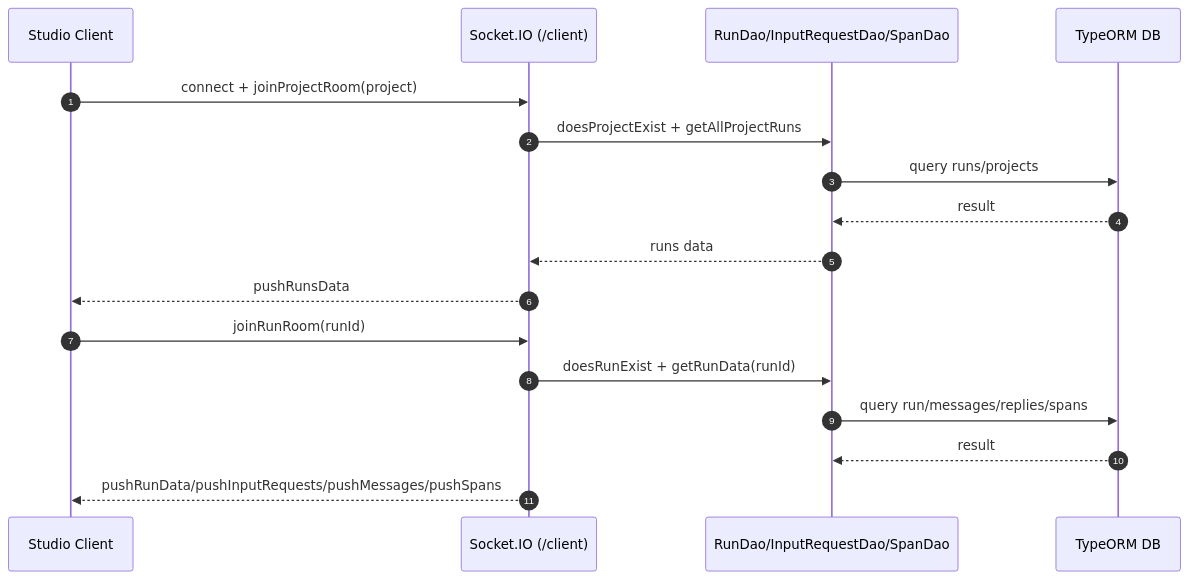
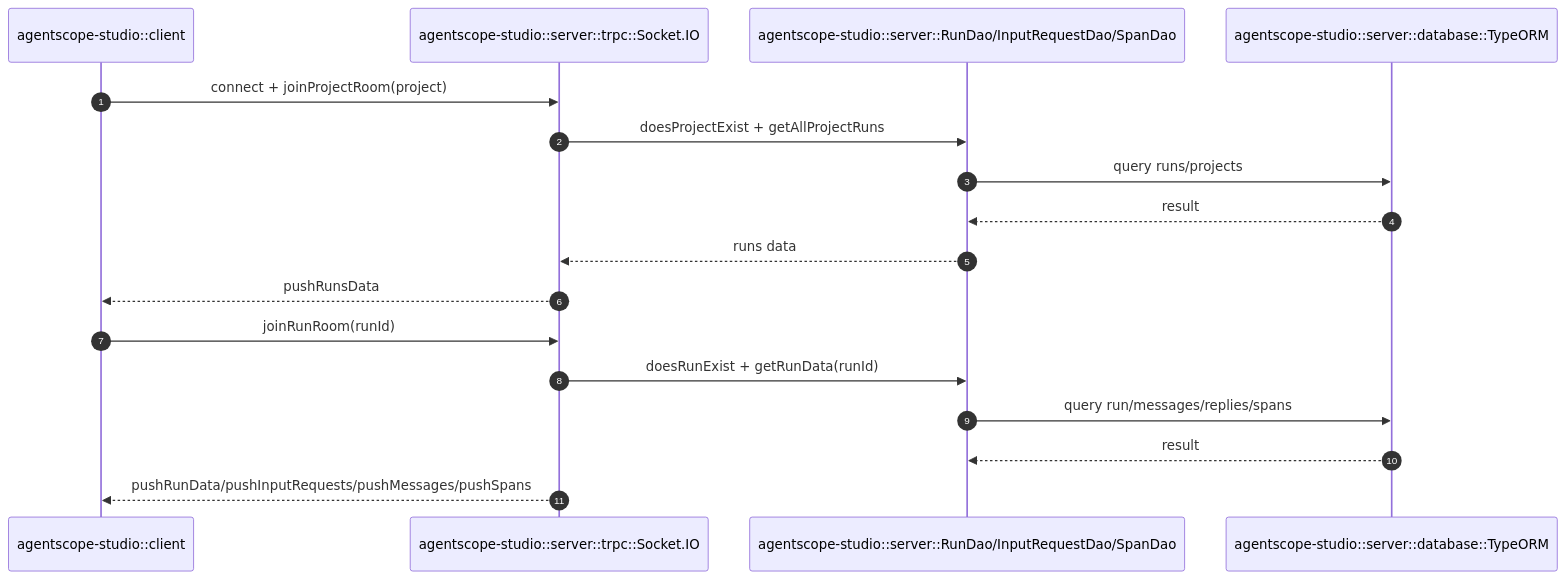
One commit to a2903214/agentscope-learning changed the third of 3 diagrams in docs/agentscope-codebase/30-agentscope-studio/overall_design.zh-CN.md. Above: the diagram before and after it, drawn with Mermaid. The commit also changed other lines of this file and 8 other files, not shown here.

Commit message:
更新文档：完善整体设计与模块结构分析，增加时序图与模块调用关系图，采用模块::参与者形式标注参与者来源。涉及内容包括 agentscope、agentscope-runtime、agentscope-studio、agentscope-spark-design 和 agentscope-samples 的代码结构与功能描述。

````diff
--- a/docs/agentscope-codebase/30-agentscope-studio/overall_design.zh-CN.md
+++ b/docs/agentscope-codebase/30-agentscope-studio/overall_design.zh-CN.md
@@ -67,21 +135,21 @@
 ```mermaid
 sequenceDiagram
   autonumber
-  participant UI as Studio Client
-  participant IO as Socket.IO (/client)
-  participant DAO as RunDao/InputRequestDao/SpanDao
-  participant DB as TypeORM DB
+  participant UI as agentscope-studio::client
+  participant IO as agentscope-studio::server::trpc::Socket.IO
+  participant DAO as agentscope-studio::server::RunDao/InputRequestDao/SpanDao
+  participant DB as agentscope-studio::server::database::TypeORM
 
   UI->>IO: connect + joinProjectRoom(project)
   IO->>DAO: doesProjectExist + getAllProjectRuns
   DAO->>DB: query runs/projects
   DB-->>DAO: result
   DAO-->>IO: runs data
   IO-->>UI: pushRunsData
 
   UI->>IO: joinRunRoom(runId)
   IO->>DAO: doesRunExist + getRunData(runId)
   DAO->>DB: query run/messages/replies/spans
   DB-->>DAO: result
   IO-->>UI: pushRunData/pushInputRequests/pushMessages/pushSpans
 ```
````
